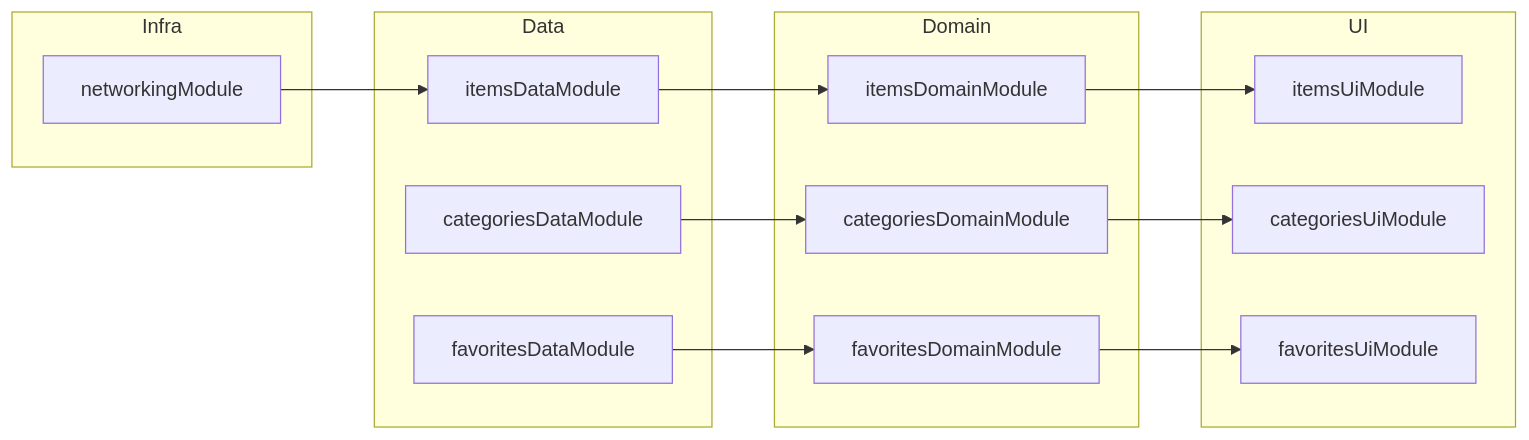
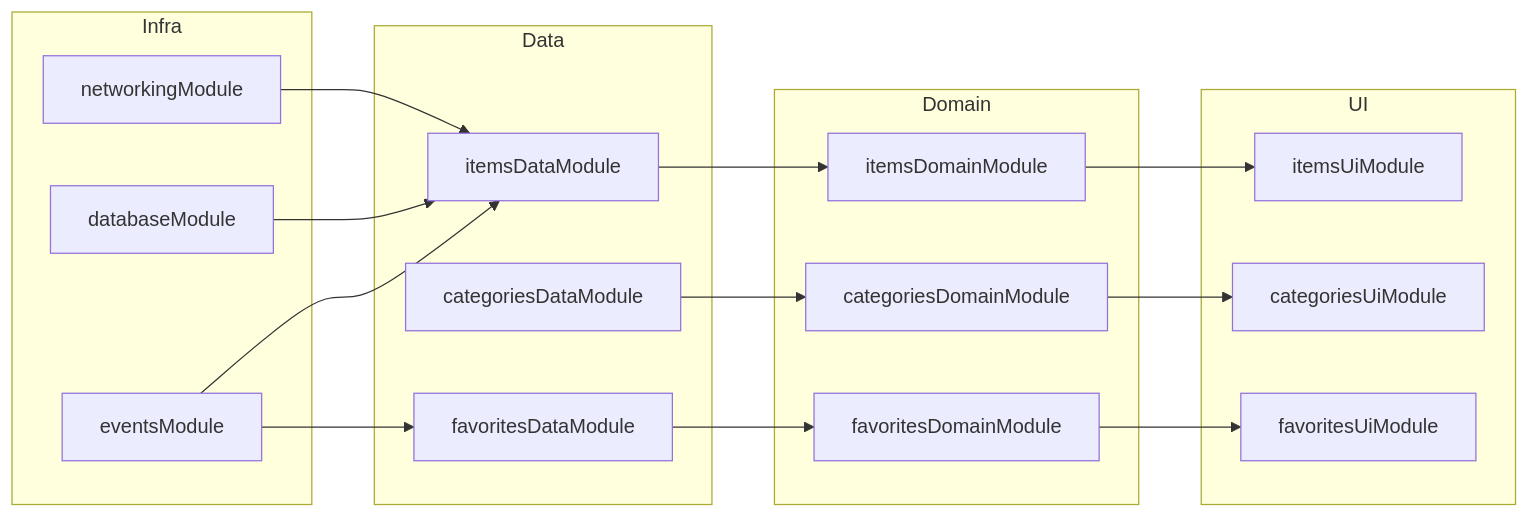
Before and after one commit to Ashanen/Castociasto: diagram 12 of 13 in README.md, drawn with Mermaid. The commit also changed other lines of this file and 54 other files, not shown here.

First line of the commit message:
Add offline-first architecture with Room, event bus, and Compose testTag E2E support

````diff
--- a/README.md
+++ b/README.md
@@ -509,32 +674,37 @@
 ```mermaid
 graph LR
     subgraph Infra
         NET[networkingModule]
+        DBM[databaseModule]
+        EVM[eventsModule]
     end
 
     subgraph Data
         ID[itemsDataModule]
         CD[categoriesDataModule]
         FD[favoritesDataModule]
     end
 
     subgraph Domain
         IDO[itemsDomainModule]
         CDO[categoriesDomainModule]
         FDO[favoritesDomainModule]
     end
 
     subgraph UI
         IU[itemsUiModule]
         CU[categoriesUiModule]
         FU[favoritesUiModule]
     end
 
     NET --> ID
+    DBM --> ID
+    EVM --> ID
+    EVM --> FD
     ID --> IDO
     CD --> CDO
     FD --> FDO
     IDO --> IU
     CDO --> CU
     FDO --> FU
 ```
````
